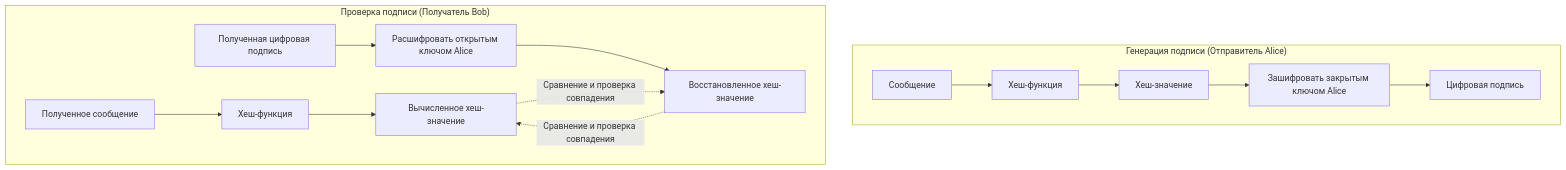
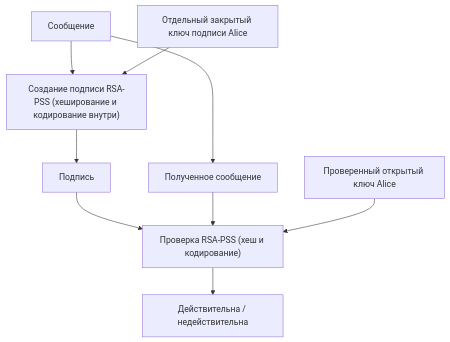
One commit to kenjinote/blog changed the second of 3 diagrams in content/post/modern-cryptography-public-key-hash-signature/index.ru.md. Above: the diagram before and after it, drawn with Mermaid. The commit also changed other lines of this file and 5 other files, not shown here.

````diff
--- a/content/post/modern-cryptography-public-key-hash-signature/index.ru.md
+++ b/content/post/modern-cryptography-public-key-hash-signature/index.ru.md
@@ -231,20 +217,11 @@
 ```mermaid
 graph TD
-    subgraph "Генерация подписи (Отправитель Alice)"
-        M1["Сообщение"] --> H1["Хеш-функция"]
-        H1 --> Hash1["Хеш-значение"]
-        Hash1 --> Sign["Зашифровать закрытым ключом Alice"]
-        Sign --> Sig["Цифровая подпись"]
-    end
-
-    subgraph "Проверка подписи (Получатель Bob)"
-        M2["Полученное сообщение"] --> H2["Хеш-функция"]
-        H2 --> Hash2["Вычисленное хеш-значение"]
-        
-        Sig2["Полученная цифровая подпись"] --> Ver["Расшифровать открытым ключом Alice"]
-        Ver --> Hash3["Восстановленное хеш-значение"]
-        
-        Hash2 -.->|"Сравнение и проверка совпадения"| Hash3
-        Hash3 -.->|"Сравнение и проверка совпадения"| Hash2
-    end
+    M["Сообщение"] --> S["Создание подписи RSA-PSS (хеширование и кодирование внутри)"]
+    SK["Отдельный закрытый ключ подписи Alice"] --> S
+    S --> SIG["Подпись"]
+    M --> RM["Полученное сообщение"]
+    SIG --> V["Проверка RSA-PSS (хеш и кодирование)"]
+    RM --> V
+    PK["Проверенный открытый ключ Alice"] --> V
+    V --> R["Действительна / недействительна"]
 ```
````
